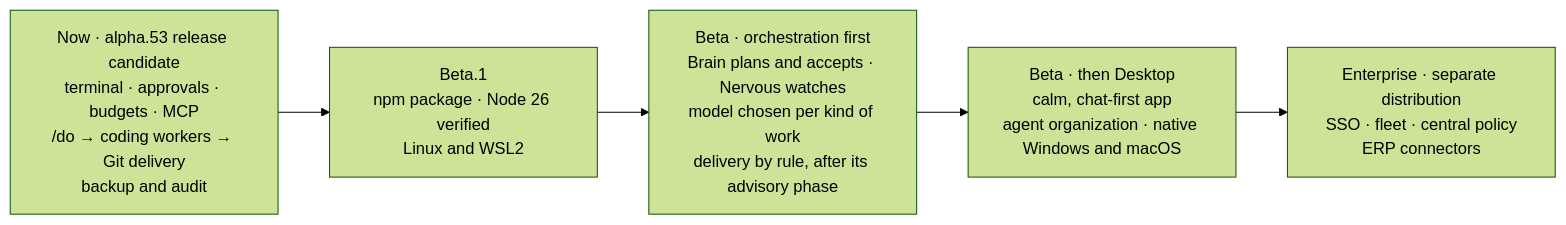
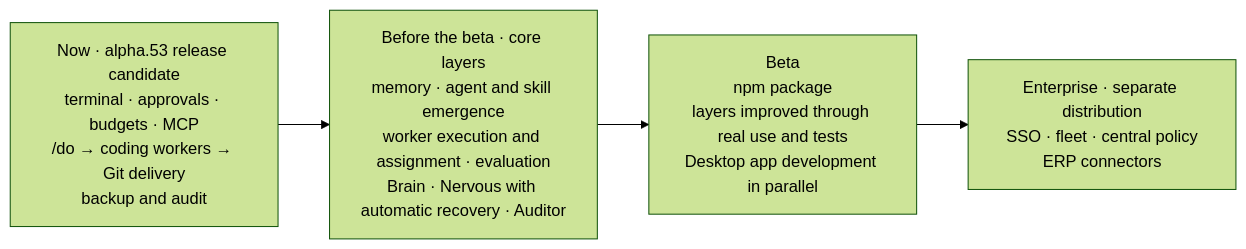
The sixth of 6 diagrams in README.md (Verhex/deckent-next), drawn with Mermaid (forest theme) before and after one commit. The commit also changed other lines of this file and 3 other files, not shown here.

First line of the commit message:
docs(readme): roadmap puts the seven core layers before the beta and Desktop in parallel during it

````diff
--- a/README.md
+++ b/README.md
@@ -495,7 +495,6 @@
 ```mermaid
 flowchart LR
-  N["Now · alpha.53 release candidate<br/>terminal · approvals · budgets · MCP<br/>/do → coding workers → Git delivery<br/>backup and audit"] --> B1["Beta.1<br/>npm package · Node 26 verified<br/>Linux and WSL2"]
-  B1 --> O["Beta · orchestration first<br/>Brain plans and accepts · Nervous watches<br/>model chosen per kind of work<br/>delivery by rule, after its advisory phase"]
-  O --> D["Beta · then Desktop<br/>calm, chat-first app<br/>agent organization · native Windows and macOS"]
-  D --> E["Enterprise · separate distribution<br/>SSO · fleet · central policy<br/>ERP connectors"]
+  N["Now · alpha.53 release candidate<br/>terminal · approvals · budgets · MCP<br/>/do → coding workers → Git delivery<br/>backup and audit"] --> C["Before the beta · core layers<br/>memory · agent and skill emergence<br/>worker execution and assignment · evaluation<br/>Brain · Nervous with automatic recovery · Auditor"]
+  C --> B["Beta<br/>npm package<br/>layers improved through real use and tests<br/>Desktop app development in parallel"]
+  B --> E["Enterprise · separate distribution<br/>SSO · fleet · central policy<br/>ERP connectors"]
 ```
````
